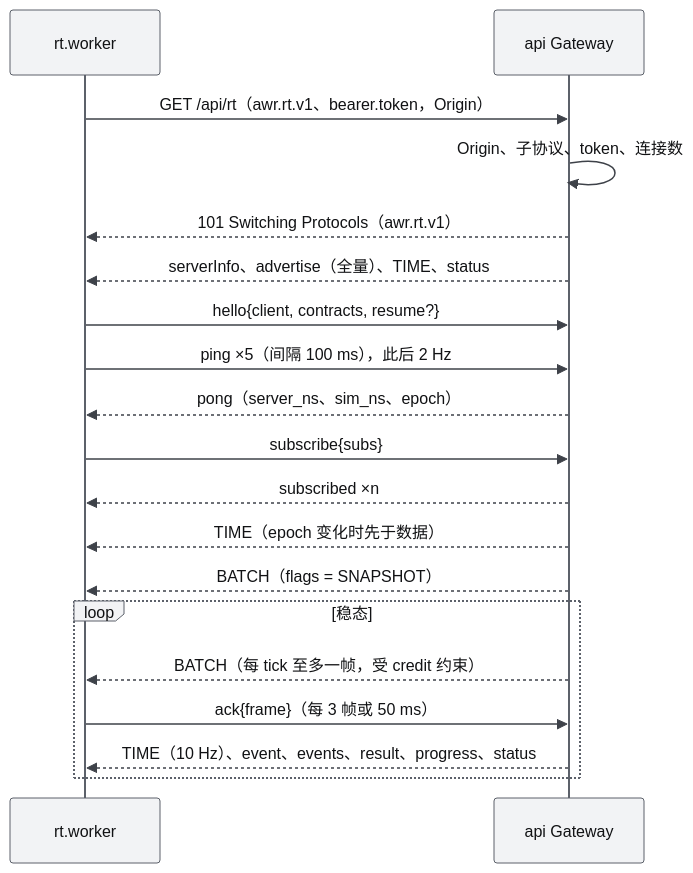
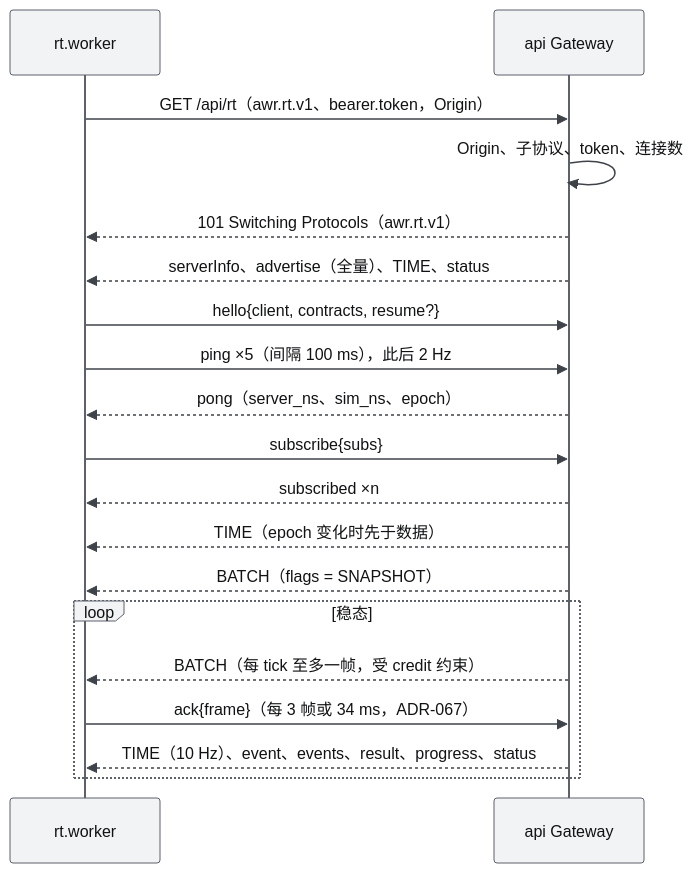
The second of 6 diagrams in docs/17-接口与实时协议规范.md (ANetResearch/ANet-Drone4D), drawn with Mermaid before and after one commit. The commit also changed other lines of this file and 24 other files, not shown here.

````diff
--- a/docs/17-接口与实时协议规范.md
+++ b/docs/17-接口与实时协议规范.md
@@ -623,22 +624,22 @@
 ```mermaid
 %%{init: {"theme": "base", "themeVariables": {"fontFamily": "Inter, PingFang SC, Microsoft YaHei, Noto Sans CJK SC, sans-serif", "fontSize": "13px", "background": "#FBFBFC", "primaryColor": "#F2F3F5", "primaryTextColor": "#111214", "primaryBorderColor": "#5C616A", "secondaryColor": "#E4E6E9", "tertiaryColor": "#FBFBFC", "lineColor": "#5C616A", "textColor": "#111214", "mainBkg": "#F2F3F5", "nodeBorder": "#5C616A", "clusterBkg": "#FBFBFC", "clusterBorder": "#A7ABB3", "edgeLabelBackground": "#FBFBFC", "noteBkgColor": "#E4E6E9", "noteTextColor": "#111214", "noteBorderColor": "#81868F", "actorBkg": "#F2F3F5", "actorBorder": "#5C616A", "actorTextColor": "#111214", "signalColor": "#3E4249", "signalTextColor": "#111214", "activationBkgColor": "#E4E6E9", "activationBorderColor": "#5C616A", "sequenceNumberColor": "#FBFBFC"}}}%%
 sequenceDiagram
   participant C as rt.worker
   participant S as api Gateway
   C->>S: GET /api/rt（awr.rt.v1、bearer.token，Origin）
   S->>S: Origin、子协议、token、连接数
   S-->>C: 101 Switching Protocols（awr.rt.v1）
   S-->>C: serverInfo、advertise（全量）、TIME、status
   C->>S: hello{client, contracts, resume?}
   C->>S: ping ×5（间隔 100 ms），此后 2 Hz
   S-->>C: pong（server_ns、sim_ns、epoch）
   C->>S: subscribe{subs}
   S-->>C: subscribed ×n
   S-->>C: TIME（epoch 变化时先于数据）
   S-->>C: BATCH（flags = SNAPSHOT）
   loop 稳态
     S-->>C: BATCH（每 tick 至多一帧，受 credit 约束）
-    C->>S: ack{frame}（每 3 帧或 50 ms）
+    C->>S: ack{frame}（每 3 帧或 34 ms，ADR-067）
     S-->>C: TIME（10 Hz）、event、events、result、progress、status
   end
 ```
````
